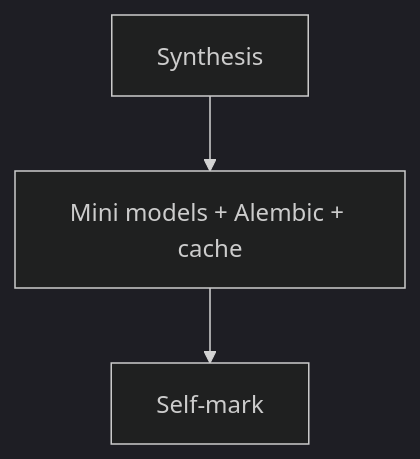
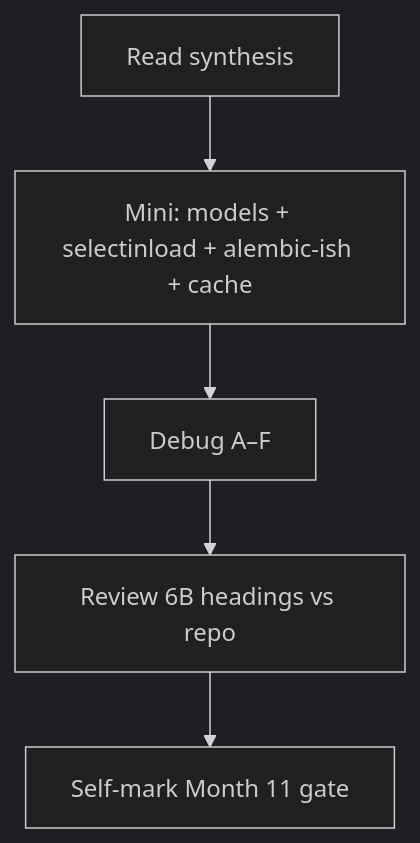
Before and after one commit to SuperPower-ai/StackOneRTM: the first of 2 diagrams in textbook/month-11/week-04/day-07.md, drawn with Mermaid (dark theme). The commit also changed other lines of this file and 2 other files, not shown here.

Commit message:
Deepen the Month 10 and Month 11 exam chapters.

````diff
--- a/textbook/month-11/week-04/day-07.md
+++ b/textbook/month-11/week-04/day-07.md
@@ -19,5 +29,7 @@
 ```mermaid
 flowchart TB
-  SYN[Synthesis] --> MINI[Mini models + Alembic + cache]
-  MINI --> GATE[Self-mark]
+  SYN[Read synthesis] --> MINI[Mini: models + selectinload + alembic-ish + cache]
+  MINI --> DBG[Debug A–F]
+  DBG --> REV[Review 6B headings vs repo]
+  REV --> GATE[Self-mark Month 11 gate]
 ```
````
